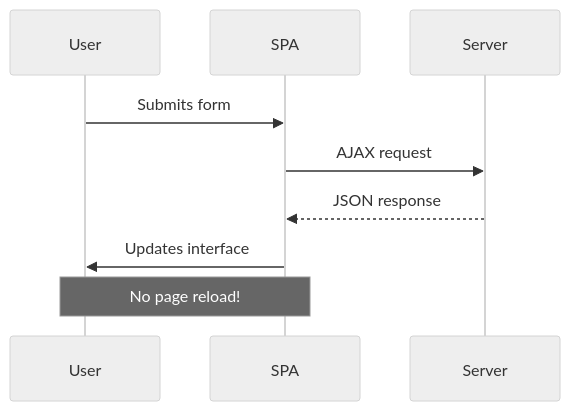
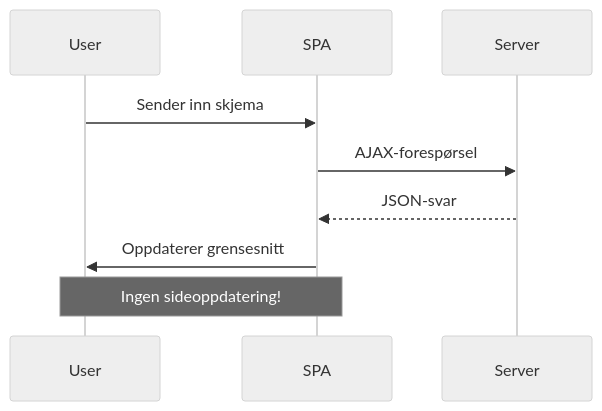
The fifth of 9 diagrams in translations/no/7-bank-project/2-forms/README.md (microsoft/Web-Dev-For-Beginners), drawn with Mermaid (neutral theme) before and after one commit. The commit also changed other lines of this file and 99 other files, not shown here.

````diff
--- a/translations/no/7-bank-project/2-forms/README.md
+++ b/translations/no/7-bank-project/2-forms/README.md
@@ -326,13 +385,13 @@
 ```mermaid
 sequenceDiagram
     participant User
     participant SPA
     participant Server
     
-    User->>SPA: Submits form
-    SPA->>Server: AJAX request
-    Server-->>SPA: JSON response
-    SPA->>User: Updates interface
+    User->>SPA: Sender inn skjema
+    SPA->>Server: AJAX-forespørsel
+    Server-->>SPA: JSON-svar
+    SPA->>User: Oppdaterer grensesnitt
     
-    Note over User,SPA: No page reload!
+    Note over User,SPA: Ingen sideoppdatering!
 ```
````
